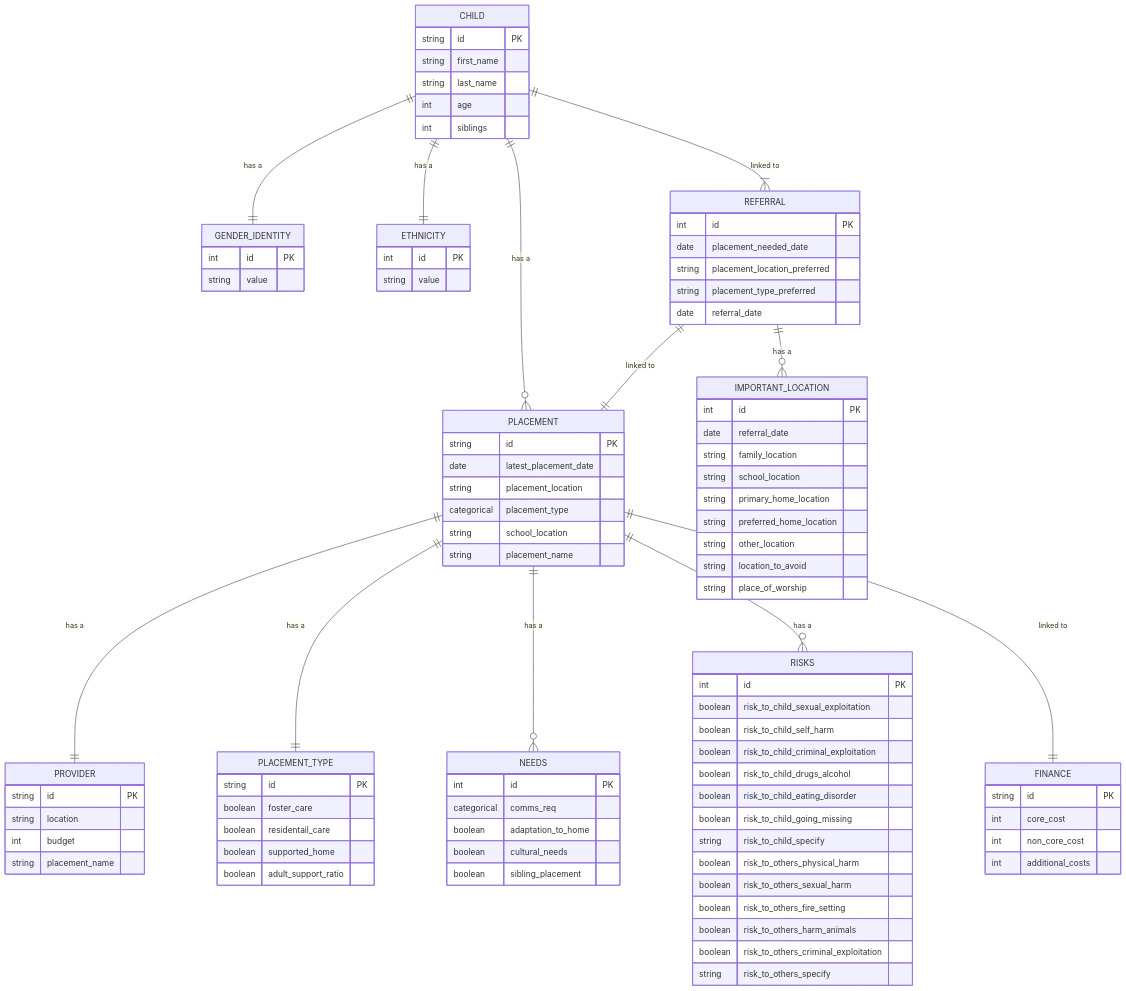
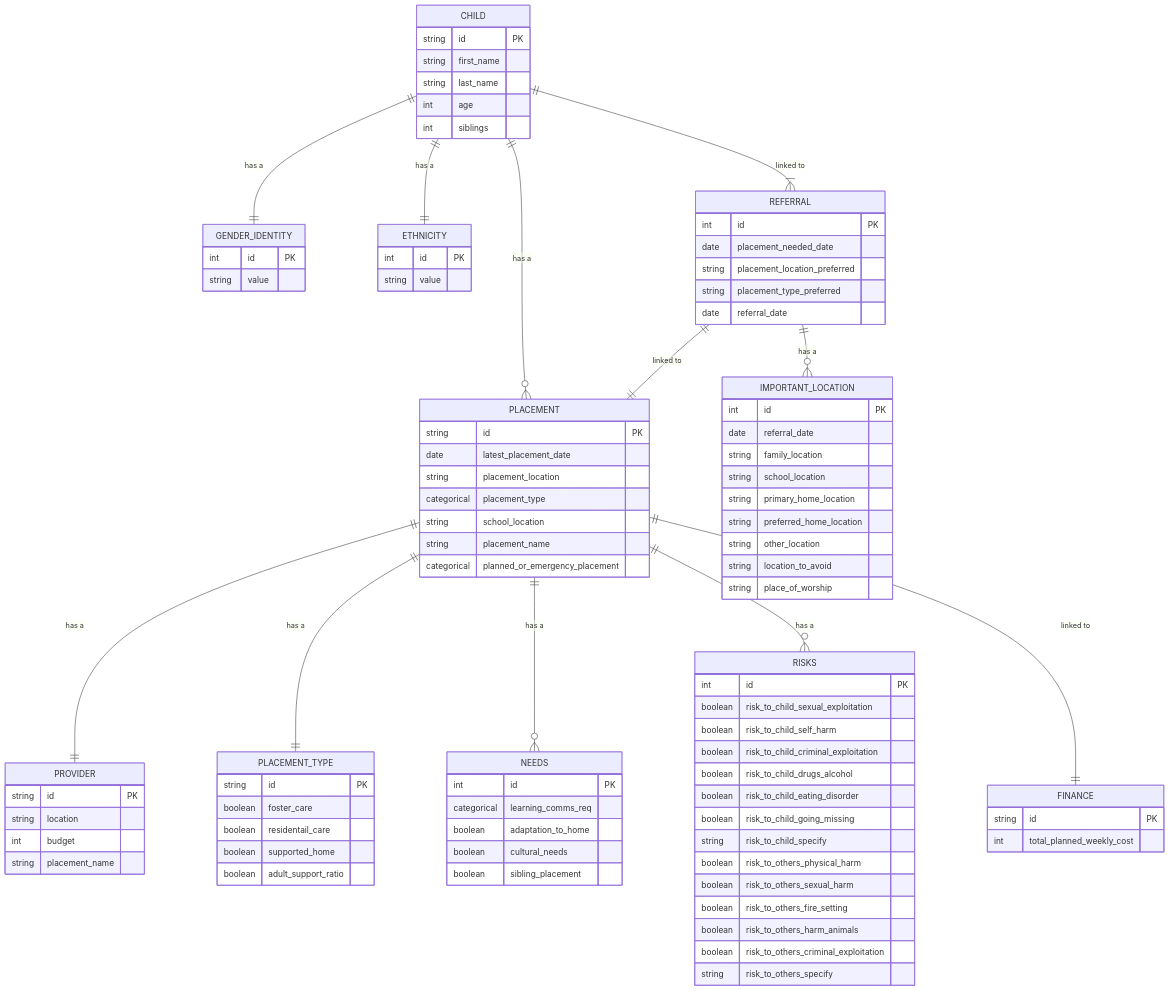
Before and after one commit to SocialFinanceDigitalLabs/sw-sufficiency-model: the diagram in README.md, drawn with Mermaid.

````diff
--- a/README.md
+++ b/README.md
@@ -35,6 +35,7 @@
         categorical placement_type
         string school_location
         string placement_name
+        categorical planned_or_emergency_placement
     }
     PLACEMENT_TYPE {
         string id PK
@@ -69,7 +70,7 @@
     }
     NEEDS {
         int id PK
-        categorical comms_req
+        categorical learning_comms_req
         boolean adaptation_to_home
         boolean cultural_needs
         boolean sibling_placement
@@ -93,8 +94,6 @@
     }
     FINANCE {
         string id PK
-        int core_cost
-        int non_core_cost
-        int additional_costs
+        int total_planned_weekly_cost
     }
 ```
````
